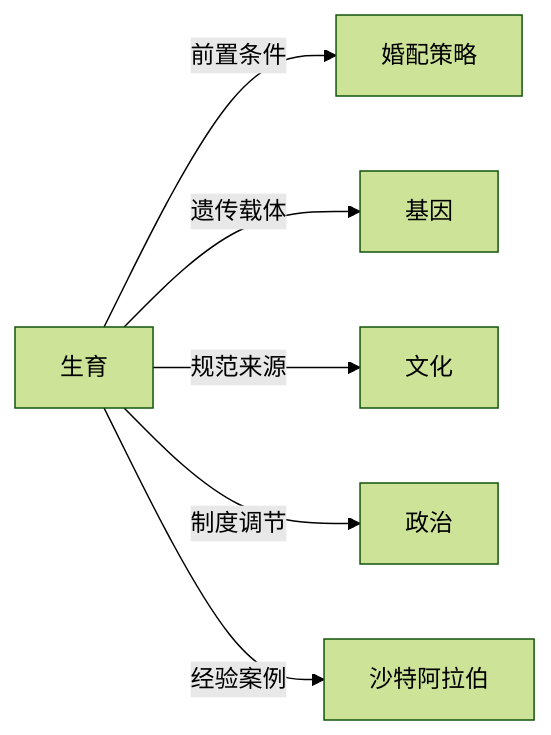
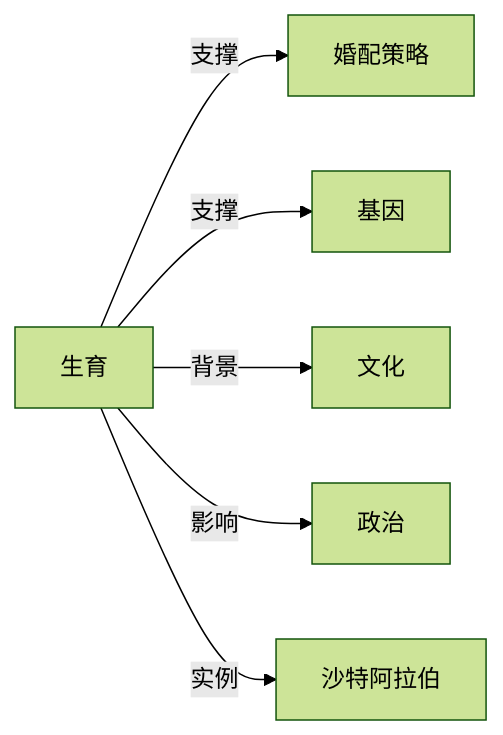
The diagram in Knowledge/Concepts/社会学/生育.md (KIMMCHOW/MyKnowledge), drawn with Mermaid (forest theme) before and after one commit. The commit also changed 95 other files, not shown here.

Commit message:
reorganize: 统一关系图边标签为11类

````diff
--- a/Knowledge/Concepts/社会学/生育.md
+++ b/Knowledge/Concepts/社会学/生育.md
@@ -44,8 +44,8 @@
 ```mermaid
 graph LR
-生育 -->|前置条件| 婚配策略
-生育 -->|遗传载体| 基因
-生育 -->|规范来源| 文化
-生育 -->|制度调节| 政治
-生育 -->|经验案例| 沙特阿拉伯
+生育 -->|支撑| 婚配策略
+生育 -->|支撑| 基因
+生育 -->|背景| 文化
+生育 -->|影响| 政治
+生育 -->|实例| 沙特阿拉伯
 ```
````
